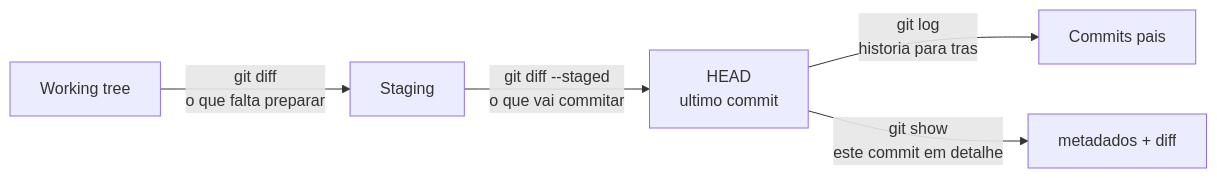
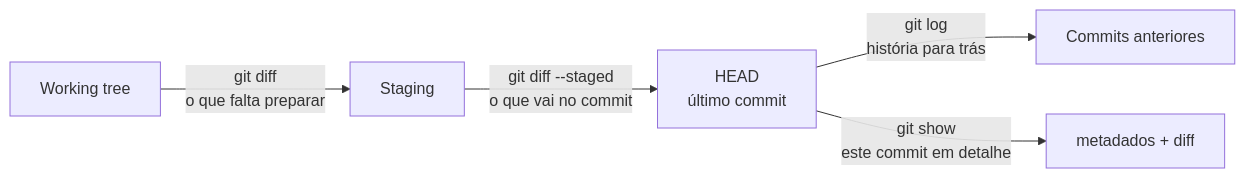
Before and after one commit to BerniloBernardo-boot/Git-e-GitHub: the diagram in 03-Comandos-Essenciais/02-log-diff-show.md, drawn with Mermaid. The commit also changed 13 other files, not shown here.

Commit message:
docs: traduz elementos explicativos dos diagramas para PT-PT

````diff
--- a/03-Comandos-Essenciais/02-log-diff-show.md
+++ b/03-Comandos-Essenciais/02-log-diff-show.md
@@ -12,7 +12,7 @@
 ```mermaid
 flowchart LR
     W["Working tree"] -->|"git diff<br/>o que falta preparar"| S["Staging"]
-    S -->|"git diff --staged<br/>o que vai commitar"| H["HEAD<br/>ultimo commit"]
-    H -->|"git log<br/>historia para tras"| P["Commits pais"]
+    S -->|"git diff --staged<br/>o que vai no commit"| H["HEAD<br/>último commit"]
+    H -->|"git log<br/>história para trás"| P["Commits anteriores"]
     H -->|"git show<br/>este commit em detalhe"| D["metadados + diff"]
 ```
````
